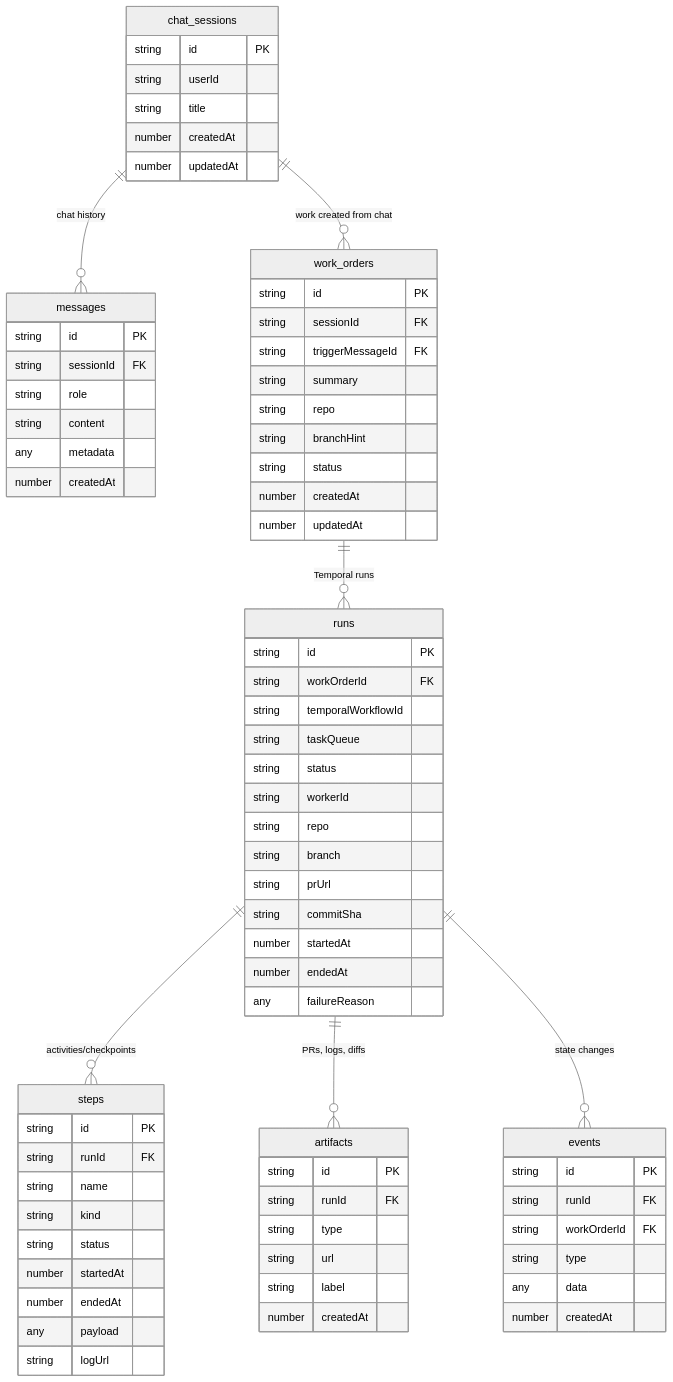
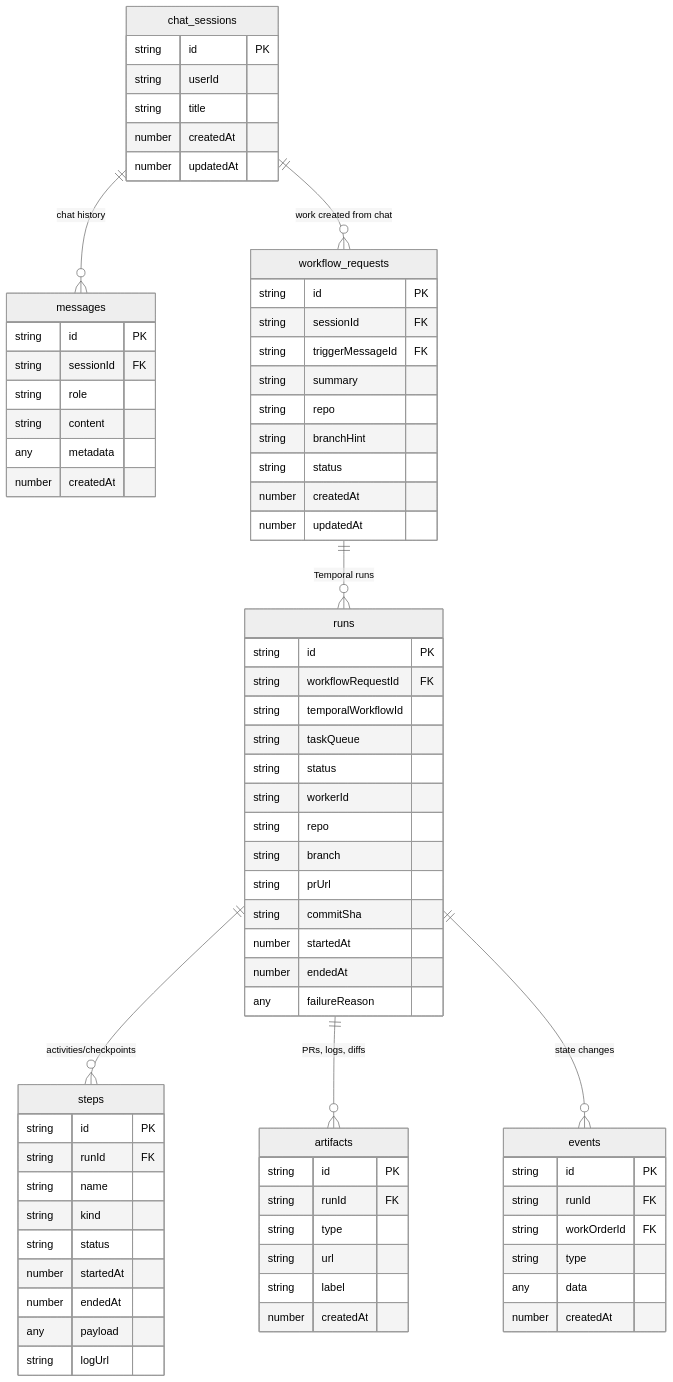
One commit to proompteng/lab changed the diagram in docs/jangar/persistence.md. Above: the diagram before and after it, drawn with Mermaid (neutral theme). The commit also changed other lines of this file, not shown here.

Commit message:
docs: rename work_orders to workflow_requests

```diff
--- a/docs/jangar/persistence.md
+++ b/docs/jangar/persistence.md
@@ -48,7 +48,7 @@
     number createdAt
   }
 
-  work_orders {
+  workflow_requests {
     string id PK
     string sessionId FK
     string triggerMessageId FK
@@ -62,7 +62,7 @@
 
   runs {
     string id PK
-    string workOrderId FK
+    string workflowRequestId FK
     string temporalWorkflowId
     string taskQueue
     string status
@@ -107,8 +107,8 @@
   }
 
   chat_sessions ||--o{ messages : "chat history"
-  chat_sessions ||--o{ work_orders : "work created from chat"
-  work_orders ||--o{ runs : "Temporal runs"
+  chat_sessions ||--o{ workflow_requests : "work created from chat"
+  workflow_requests ||--o{ runs : "Temporal runs"
   runs ||--o{ steps : "activities/checkpoints"
   runs ||--o{ artifacts : "PRs, logs, diffs"
   runs ||--o{ events : "state changes"
```
